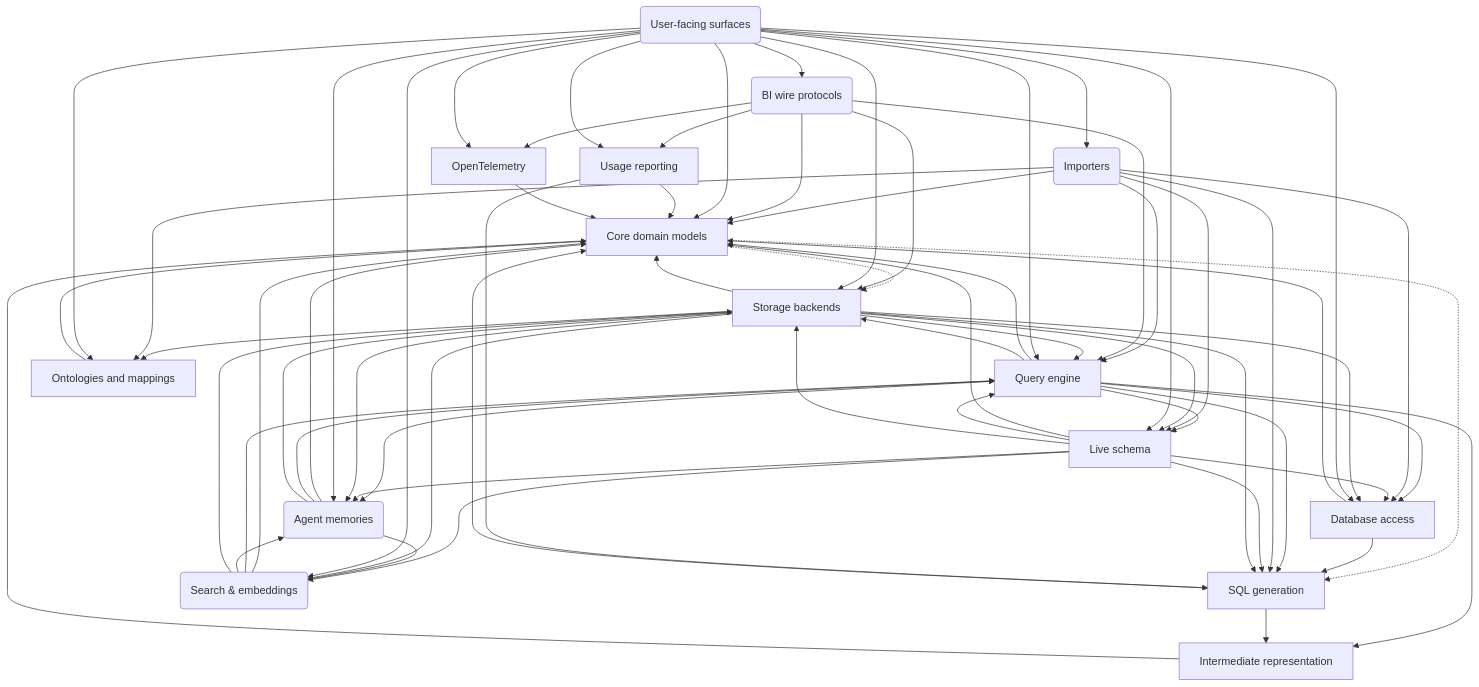
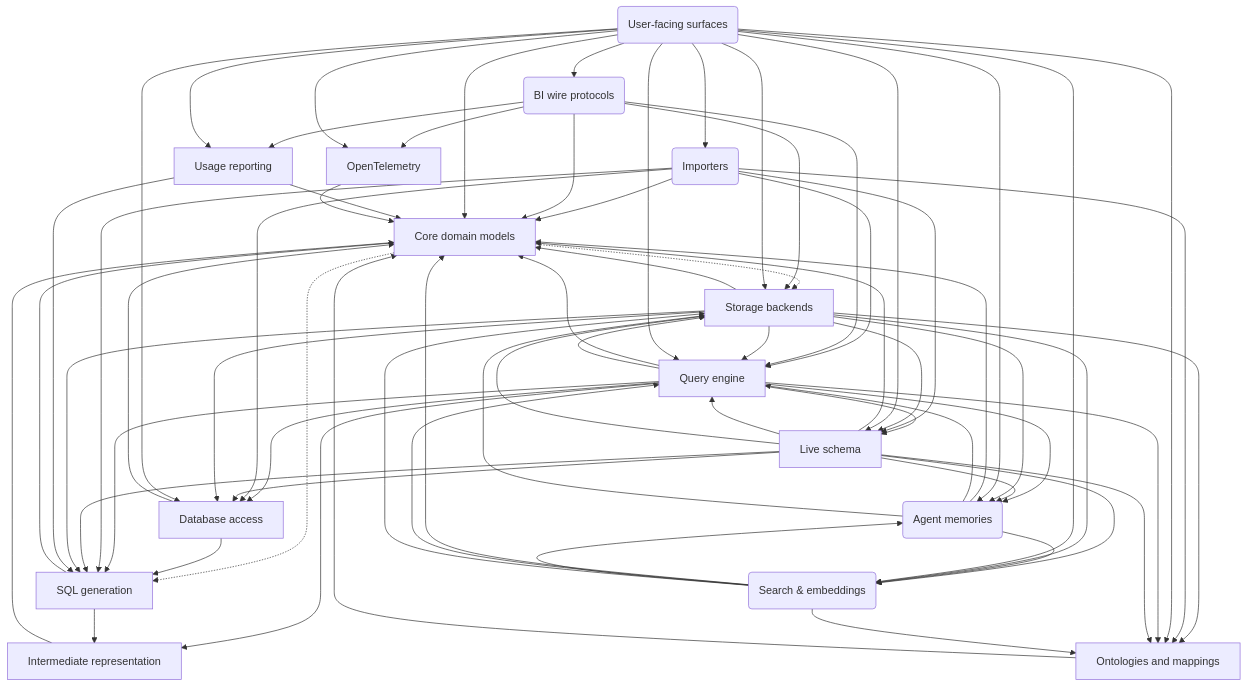
Before and after one commit to MotleyAI/slayer: the diagram in architecture/system.arc42.md, drawn with Mermaid. The commit also changed 37 other files, not shown here.

````diff
--- a/architecture/system.arc42.md
+++ b/architecture/system.arc42.md
@@ -96,4 +96,7 @@
   storage --> ontology
   importers --> ontology
   surfaces --> ontology
+  engine --> ontology
+  live_schema --> ontology
+  search --> ontology
 ```
````
